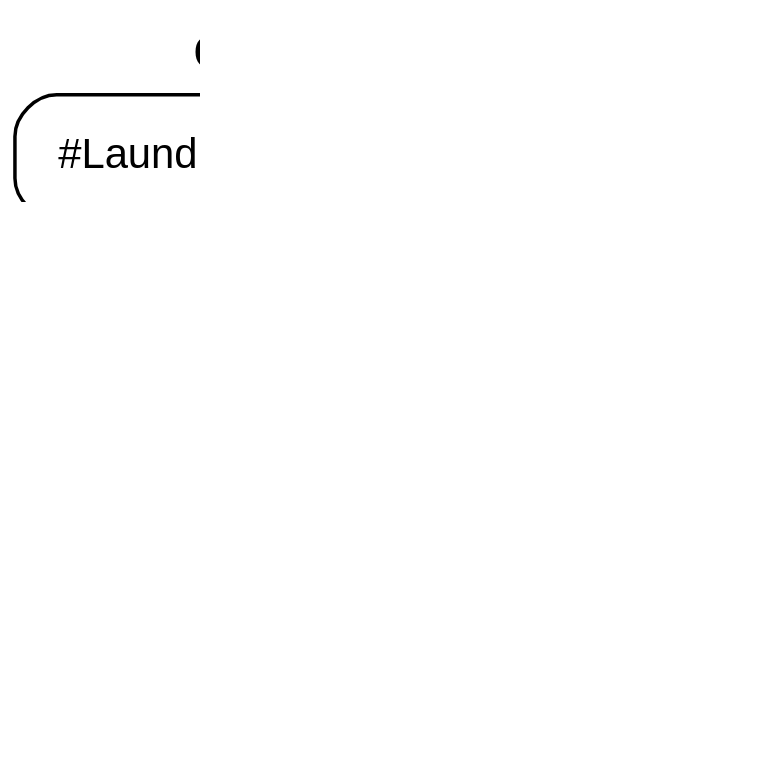
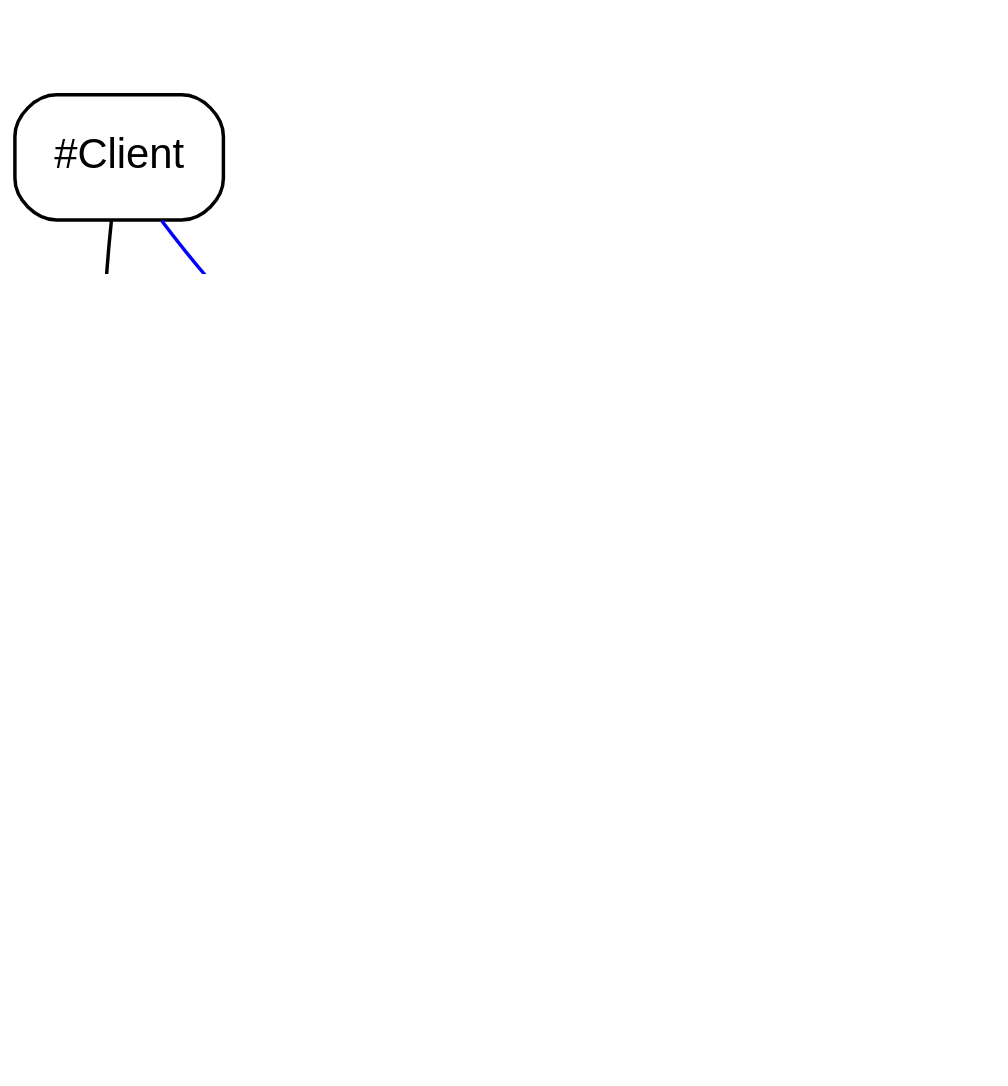
Before and after one commit to filipecosta90/PL_TP1: the diagram in owl_graph/src/ex1.gv, drawn with Graphviz. The commit also changed 9 other files, not shown here.

```diff
--- a/owl_graph/src/ex1.gv
+++ b/owl_graph/src/ex1.gv
@@ -1,16 +1,30 @@
 digraph pl_2_1 {
 //title
 labelloc="t";
 label="OWL concept diagram";rankdir=TB;
 resolution=300;size="8,5";
 "#Laundry" [shape = box, style=rounded, fontsize=12 fontname=helvetica];
 "#Laundry" -> "#Order" [ label = "#receives" ]
+"#Worker" [shape = box, style=rounded, fontsize=12 fontname=helvetica];
+"#Worker" -> "#Laundry" [ label = "#works" ]
 "#Client" [shape = box, style=rounded, fontsize=12 fontname=helvetica];
 "#Client" -> "#Order" [ label = "#owns" ]
+"#Laundry" [shape = box, style=rounded, fontsize=12 fontname=helvetica];
+"#Stores" [shape = box, style=rounded, fontsize=12 fontname=helvetica];
+"#Laundry" -> "#Stores" [ label = "SubClassOf" , fontsize=8 , fontcolor="blue", color="blue" ]
+"#Owner" [shape = box, style=rounded, fontsize=12 fontname=helvetica];
+"#Person" [shape = box, style=rounded, fontsize=12 fontname=helvetica];
+"#Owner" -> "#Person" [ label = "SubClassOf" , fontsize=8 , fontcolor="blue", color="blue" ]
 "#Type" [shape = box, style=rounded, fontsize=12 fontname=helvetica];
 "xsd:string" [shape = box, style=filled,color="red", fontsize=12 fontname=helvetica];
 "#Type" -> "xsd:string" [ label = "#material" ]
 "#Order" [shape = box, style=rounded, fontsize=12 fontname=helvetica];
 "xsd:string" [shape = box, style=filled,color="red", fontsize=12 fontname=helvetica];
 "#Order" -> "xsd:string" [ label = "#orderid" ]
+"#Client" [shape = box, style=rounded, fontsize=12 fontname=helvetica];
+"#Person" [shape = box, style=rounded, fontsize=12 fontname=helvetica];
+"#Client" -> "#Person" [ label = "SubClassOf" , fontsize=8 , fontcolor="blue", color="blue" ]
+"#Worker" [shape = box, style=rounded, fontsize=12 fontname=helvetica];
+"#Person" [shape = box, style=rounded, fontsize=12 fontname=helvetica];
+"#Worker" -> "#Person" [ label = "SubClassOf" , fontsize=8 , fontcolor="blue", color="blue" ]
 }
```
